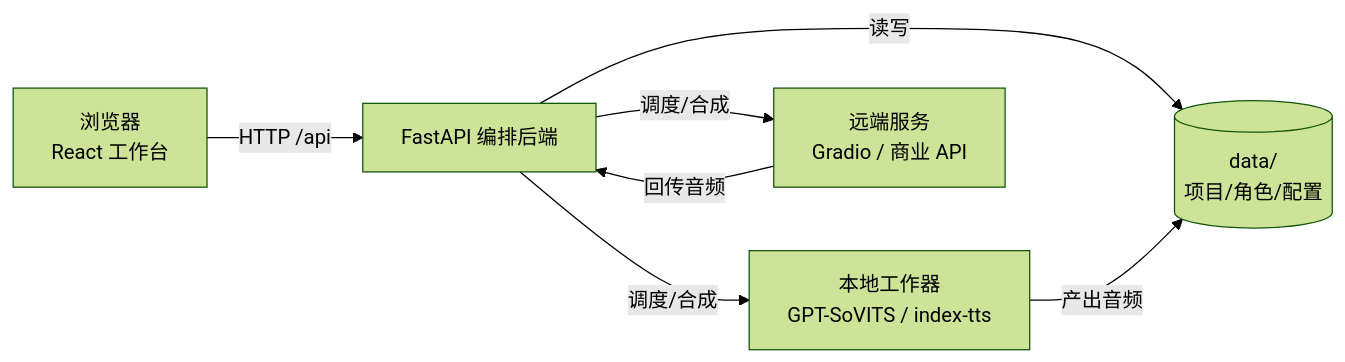
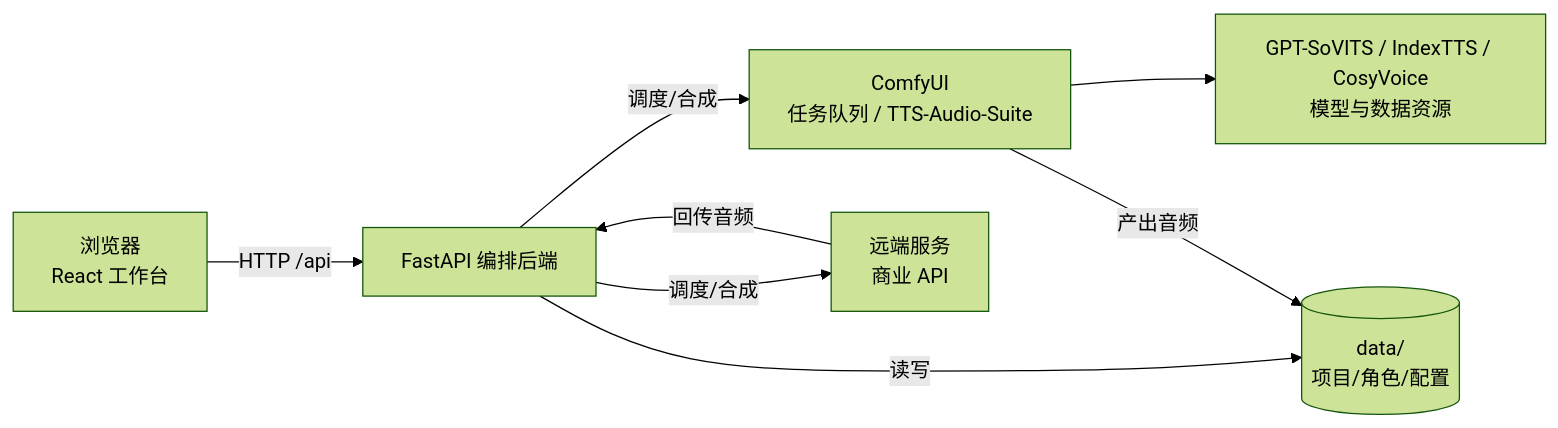
One commit to XucroYuri/TTS_more changed the first of 2 diagrams in README.md. Above: the diagram before and after it, drawn with Mermaid (forest theme). The commit also changed other lines of this file and 7 other files, not shown here.

````diff
--- a/README.md
+++ b/README.md
@@ -9,9 +9,10 @@
 ```mermaid
 flowchart LR
     Browser["浏览器<br/>React 工作台"] -- "HTTP /api" --> Backend["FastAPI 编排后端"]
-    Backend -- "调度/合成" --> Local["本地工作器<br/>GPT-SoVITS / index-tts"]
-    Backend -- "调度/合成" --> Remote["远端服务<br/>Gradio / 商业 API"]
+    Backend -- "调度/合成" --> ComfyUI["ComfyUI<br/>任务队列 / TTS-Audio-Suite"]
+    ComfyUI --> Models["GPT-SoVITS / IndexTTS / CosyVoice<br/>模型与数据资源"]
+    Backend -- "调度/合成" --> Remote["远端服务<br/>商业 API"]
     Backend -- "读写" --> Data[("data/<br/>项目/角色/配置")]
-    Local -- "产出音频" --> Data
+    ComfyUI -- "产出音频" --> Data
     Remote -- "回传音频" --> Backend
 ```
````
